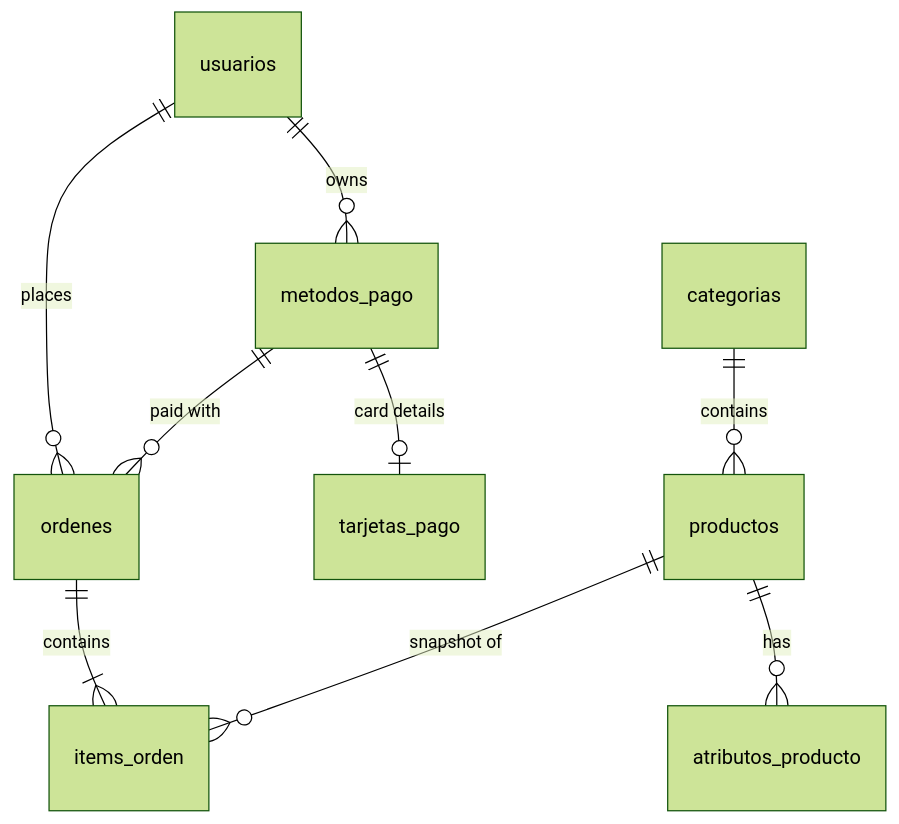
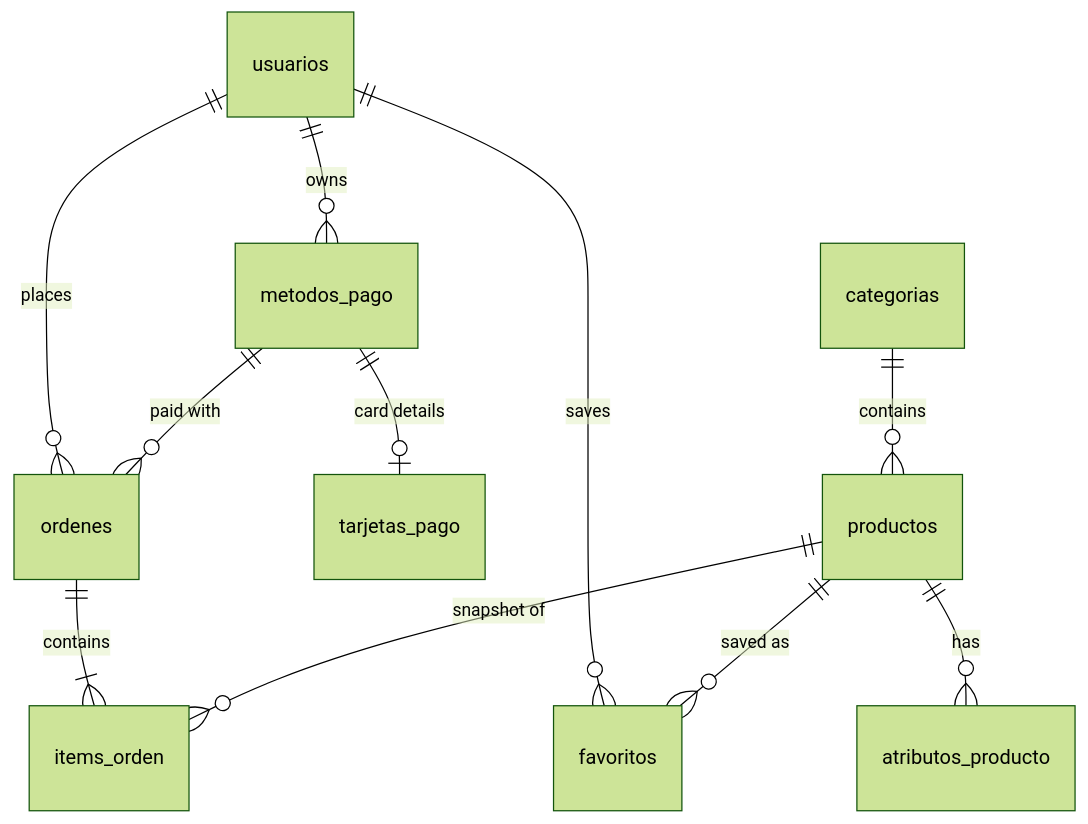
The second of 2 diagrams in README.md (DevKevZeb/compraYa), drawn with Mermaid (forest theme) before and after one commit. The commit also changed other lines of this file and 11 other files, not shown here.

````diff
--- a/README.md
+++ b/README.md
@@ -99,11 +117,13 @@
 ```mermaid
 erDiagram
   categorias ||--o{ productos : contains
   productos ||--o{ atributos_producto : has
   usuarios ||--o{ metodos_pago : owns
   metodos_pago ||--o| tarjetas_pago : "card details"
   usuarios ||--o{ ordenes : places
   metodos_pago ||--o{ ordenes : "paid with"
   ordenes ||--|{ items_orden : contains
   productos ||--o{ items_orden : "snapshot of"
+  usuarios ||--o{ favoritos : saves
+  productos ||--o{ favoritos : "saved as"
 ```
````
